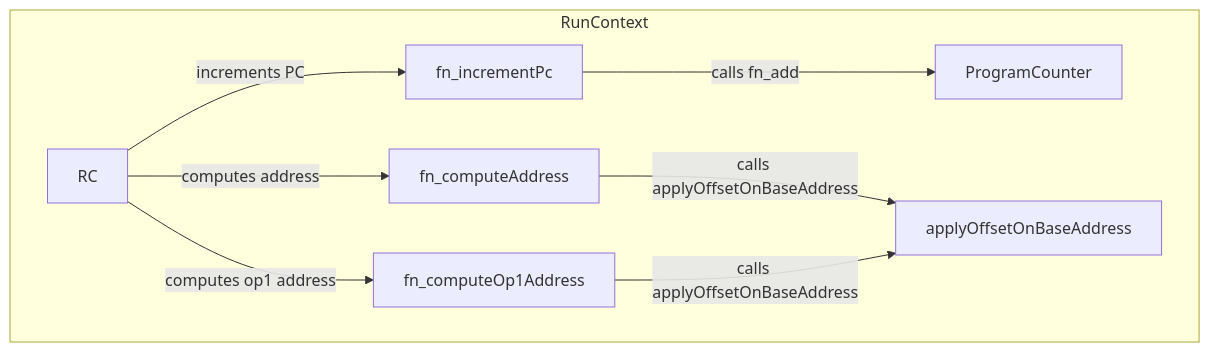
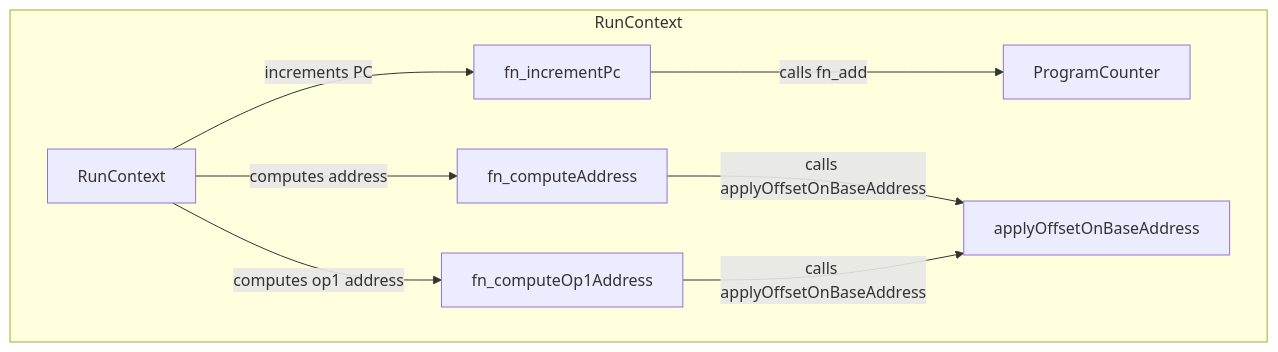
The fourth of 5 diagrams in README.md (kkrt-labs/cairo-vm-ts), drawn with Mermaid before and after one commit. The commit also changed other lines of this file, not shown here.

Commit message:
add description on mermaid

````diff
--- a/README.md
+++ b/README.md
@@ -177,11 +177,11 @@
 ```mermaid
 graph TD
     subgraph RunContext
-        RC -->|increments PC| fn_incrementPc[fn_incrementPc]
+        RC[RunContext] -->|increments PC| fn_incrementPc[fn_incrementPc]
         fn_incrementPc -->|calls fn_add| PC[ProgramCounter]
-        RC -->|computes address| fn_computeAddress[fn_computeAddress]
+        RC[RunContext] -->|computes address| fn_computeAddress[fn_computeAddress]
         fn_computeAddress -->|calls applyOffsetOnBaseAddress| applyOffsetOnBaseAddress
-        RC -->|computes op1 address| fn_computeOp1Address[fn_computeOp1Address]
+        RC[RunContext] -->|computes op1 address| fn_computeOp1Address[fn_computeOp1Address]
         fn_computeOp1Address -->|calls applyOffsetOnBaseAddress| applyOffsetOnBaseAddress
     end
 ```
````
